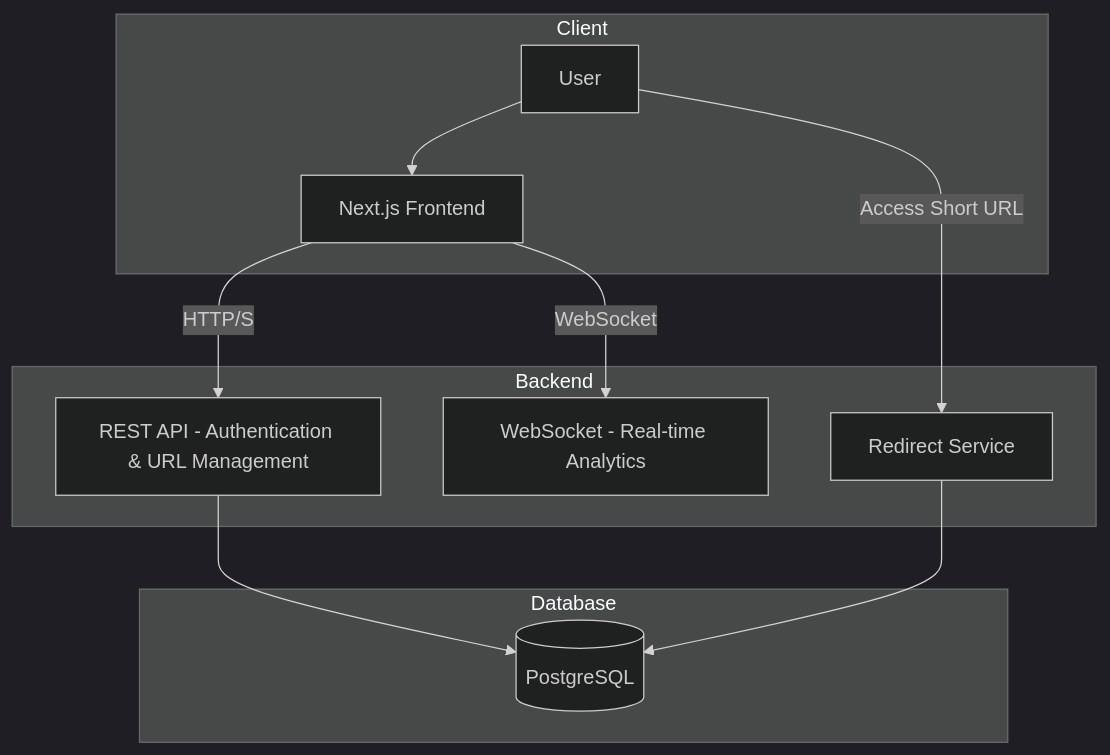
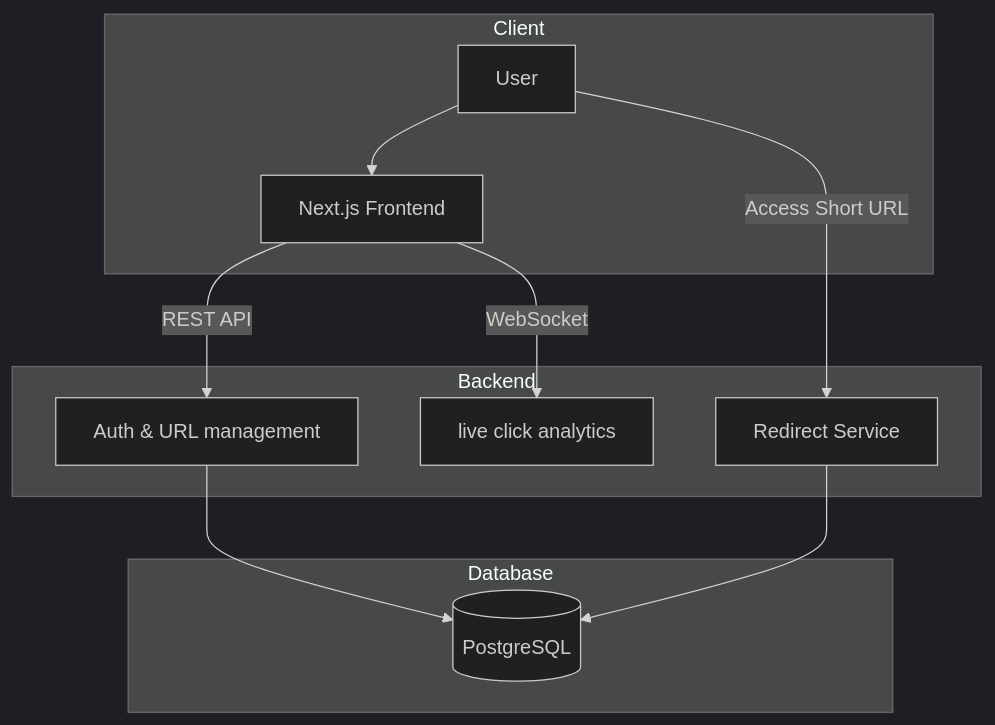
One commit to byuly/Urler changed the diagram in README.md. Above: the diagram before and after it, drawn with Mermaid (dark theme). The commit also changed other lines of this file, not shown here.

````diff
--- a/README.md
+++ b/README.md
@@ -33,24 +33,24 @@
 ```mermaid
 graph TD
     subgraph Client
         User[User]
         Frontend[Next.js Frontend]
         User --> Frontend
     end
 
     subgraph Backend
-        API[REST API - Authentication & URL Management]
-        WebSocket[WebSocket - Real-time Analytics]
+        API[Auth & URL management]
+        WebSocket[live click analytics]
         Redirect[Redirect Service]
-        Frontend -->|HTTP/S| API
+        Frontend -->|REST API| API
         Frontend -->|WebSocket| WebSocket
         User -->|Access Short URL| Redirect
     end
 
     subgraph Database
         DB[(PostgreSQL)]
         API --> DB
         Redirect --> DB
     end
 
 ```
````
